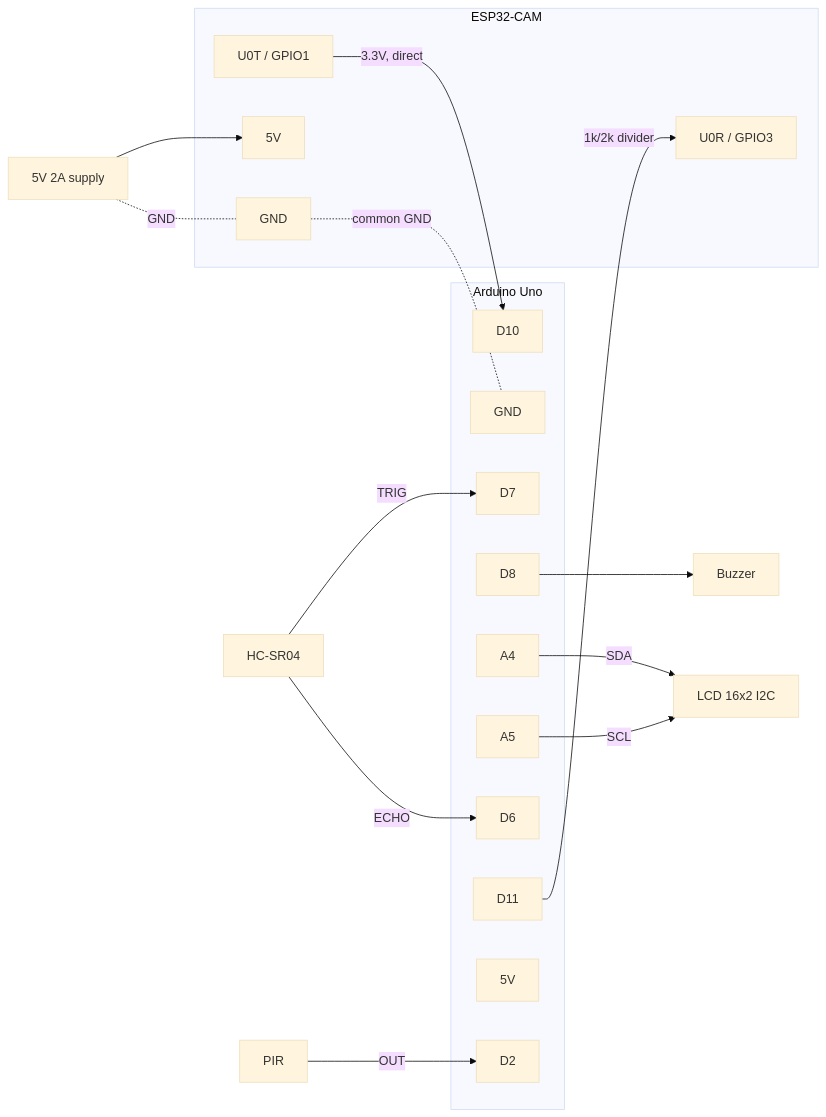
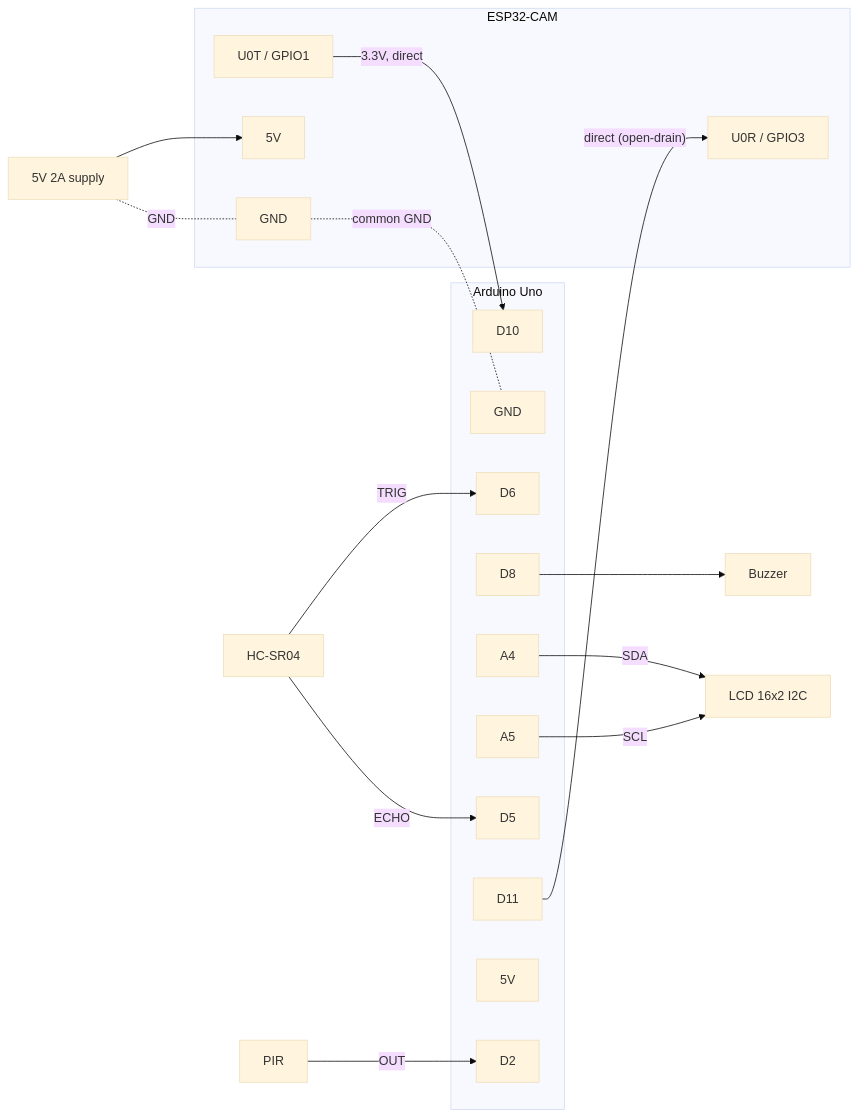
The diagram in docs/wiring.md (Sanjay1712KSK/IoT-SMD), drawn with Mermaid (base theme) before and after one commit. The commit also changed other lines of this file and 3 other files, not shown here.

Commit message:
Firmware: no-resistor open-drain link to ESP32, HC-SR04 on D5/D6 with auto TRIG/ECHO detection

````diff
--- a/docs/wiring.md
+++ b/docs/wiring.md
@@ -51,20 +57,20 @@
 ```mermaid
 flowchart LR
   subgraph Arduino_Uno[Arduino Uno]
-    D7; D6; D2; D8; A4; A5; D10; D11; V5[5V]; GND
+    D6; D5; D2; D8; A4; A5; D10; D11; V5[5V]; GND
   end
   subgraph ESP[ESP32-CAM]
     U0T[U0T / GPIO1]; U0R[U0R / GPIO3]; E5V[5V]; EGND[GND]
   end
-  US[HC-SR04] -- TRIG --> D7
-  US -- ECHO --> D6
+  US[HC-SR04] -- TRIG --> D6
+  US -- ECHO --> D5
   PIR[PIR] -- OUT --> D2
   D8 --> BUZ[Buzzer]
   A4 -- SDA --> LCD[LCD 16x2 I2C]
   A5 -- SCL --> LCD
   U0T -- "3.3V, direct" --> D10
-  D11 -- "1k/2k divider" --> U0R
+  D11 -- "direct (open-drain)" --> U0R
   PSU[5V 2A supply] --> E5V
   PSU -.GND.- EGND
   EGND -.common GND.- GND
 ```
````
